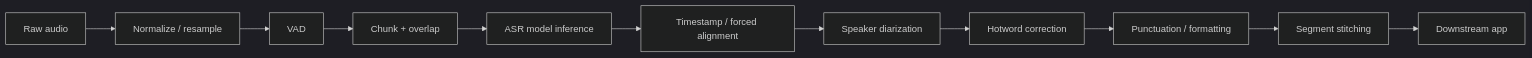
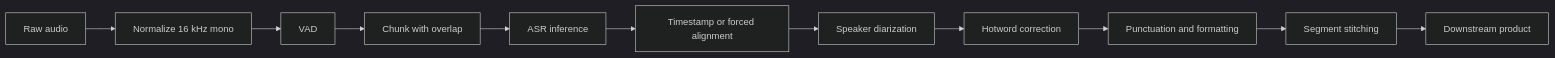
The first of 2 diagrams in Deep-Learning/Qwen3-ASR-Training-Inference-Validation-on-Azure/README-CN.md (david-xinyuwei/david-share), drawn with Mermaid (dark theme) before and after one commit. The commit also changed other lines of this file and 15 other files, not shown here.

````diff
--- a/Deep-Learning/Qwen3-ASR-Training-Inference-Validation-on-Azure/README-CN.md
+++ b/Deep-Learning/Qwen3-ASR-Training-Inference-Validation-on-Azure/README-CN.md
@@ -126,13 +202,13 @@
 ```mermaid
 flowchart LR
-      A[Raw audio] --> B[Normalize / resample]
-      B --> C[VAD]
-      C --> D[Chunk + overlap]
-      D --> E[ASR model inference]
-      E --> F[Timestamp / forced alignment]
-      F --> G[Speaker diarization]
-      G --> H[Hotword correction]
-      H --> I[Punctuation / formatting]
-      I --> J[Segment stitching]
-      J --> K[Downstream app]
+    A[Raw audio] --> B[Normalize 16 kHz mono]
+    B --> C[VAD]
+    C --> D[Chunk with overlap]
+    D --> E[ASR inference]
+    E --> F[Timestamp or forced alignment]
+    F --> G[Speaker diarization]
+    G --> H[Hotword correction]
+    H --> I[Punctuation and formatting]
+    I --> J[Segment stitching]
+    J --> K[Downstream product]
 ```
````
